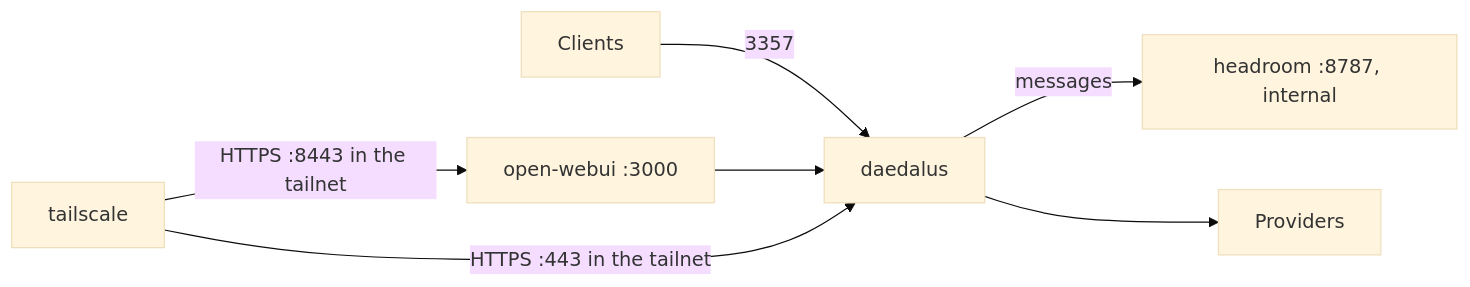
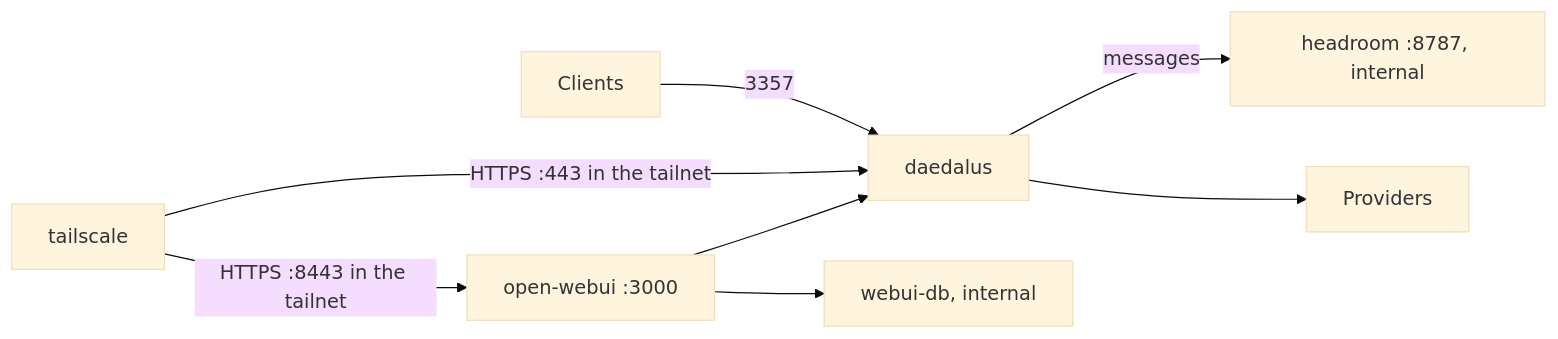
One commit to nemoe7/daedalus changed the diagram in docs/deployment.md. Above: the diagram before and after it, drawn with Mermaid (base theme). The commit also changed other lines of this file and 3 other files, not shown here.

````diff
--- a/docs/deployment.md
+++ b/docs/deployment.md
@@ -29,9 +29,10 @@
 ```mermaid
 flowchart LR
   C[Clients] -->|3357| D[daedalus]
   W[open-webui :3000] --> D
+  W --> V[webui-db, internal]
   D -->|messages| H[headroom :8787, internal]
   T[tailscale] -->|HTTPS :443 in the tailnet| D
   T -->|HTTPS :8443 in the tailnet| W
   D --> P[Providers]
 ```
````
